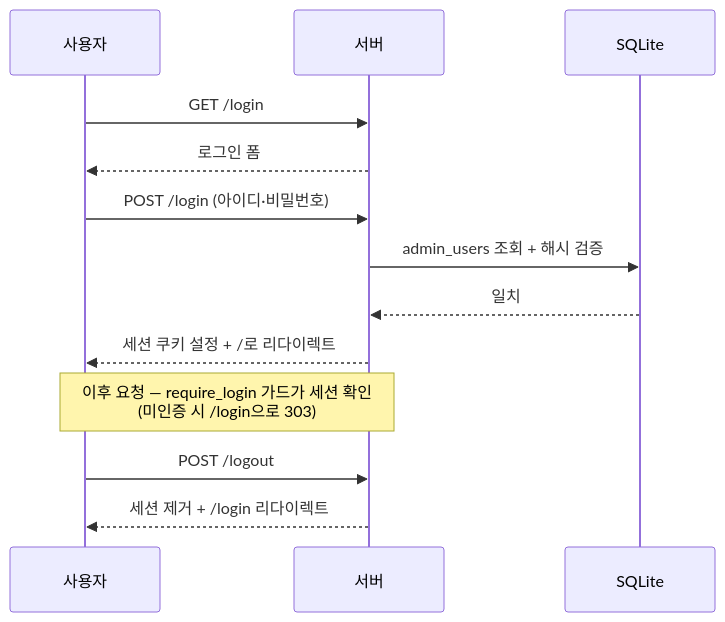
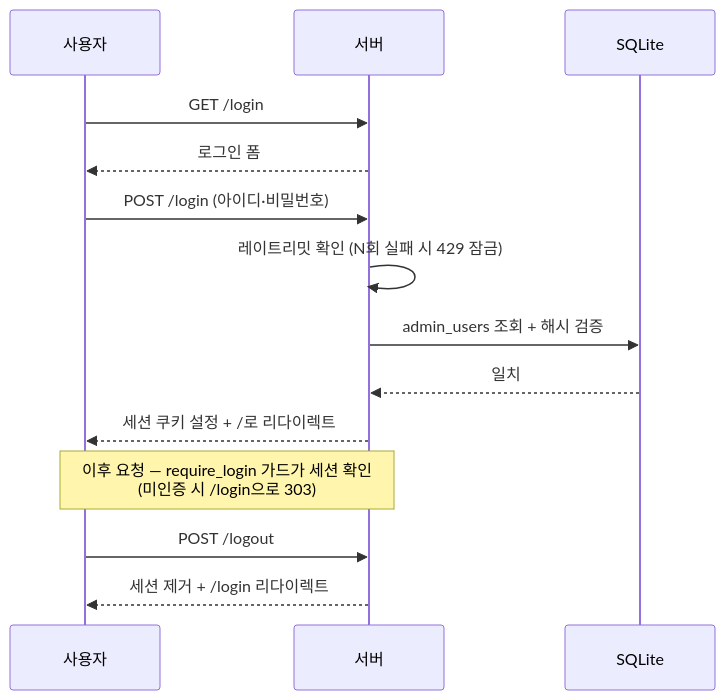
The seventh of 9 diagrams in docs/architecture.md (jihoon22-lee/PointBook), drawn with Mermaid before and after one commit. The commit also changed other lines of this file and 32 other files, not shown here.

````diff
--- a/docs/architecture.md
+++ b/docs/architecture.md
@@ -221,15 +231,16 @@
 ```mermaid
 sequenceDiagram
     participant U as 사용자
     participant S as 서버
     participant DB as SQLite
     U->>S: GET /login
     S-->>U: 로그인 폼
     U->>S: POST /login (아이디·비밀번호)
+    S->>S: 레이트리밋 확인 (N회 실패 시 429 잠금)
     S->>DB: admin_users 조회 + 해시 검증
     DB-->>S: 일치
     S-->>U: 세션 쿠키 설정 + /로 리다이렉트
     Note over U,S: 이후 요청 — require_login 가드가 세션 확인<br/>(미인증 시 /login으로 303)
     U->>S: POST /logout
     S-->>U: 세션 제거 + /login 리다이렉트
 ```
````
